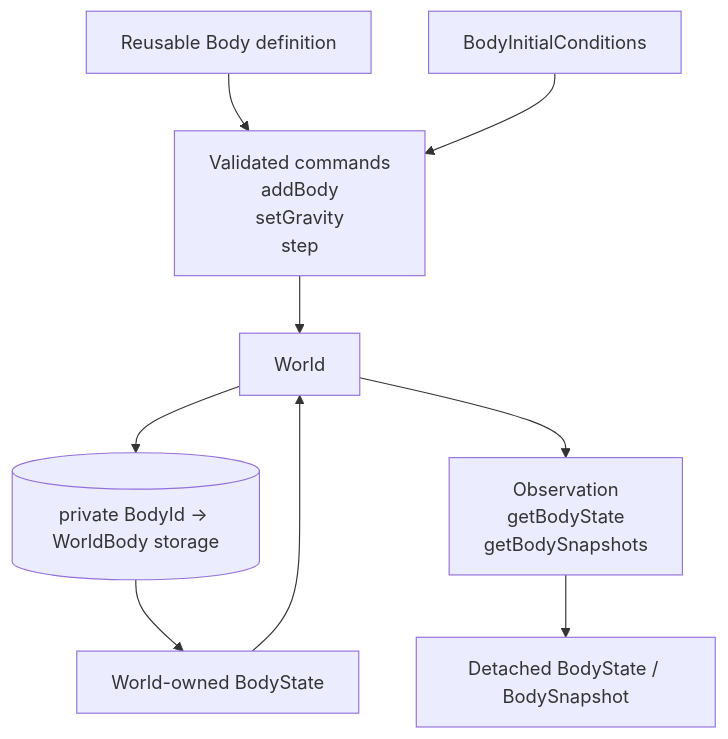
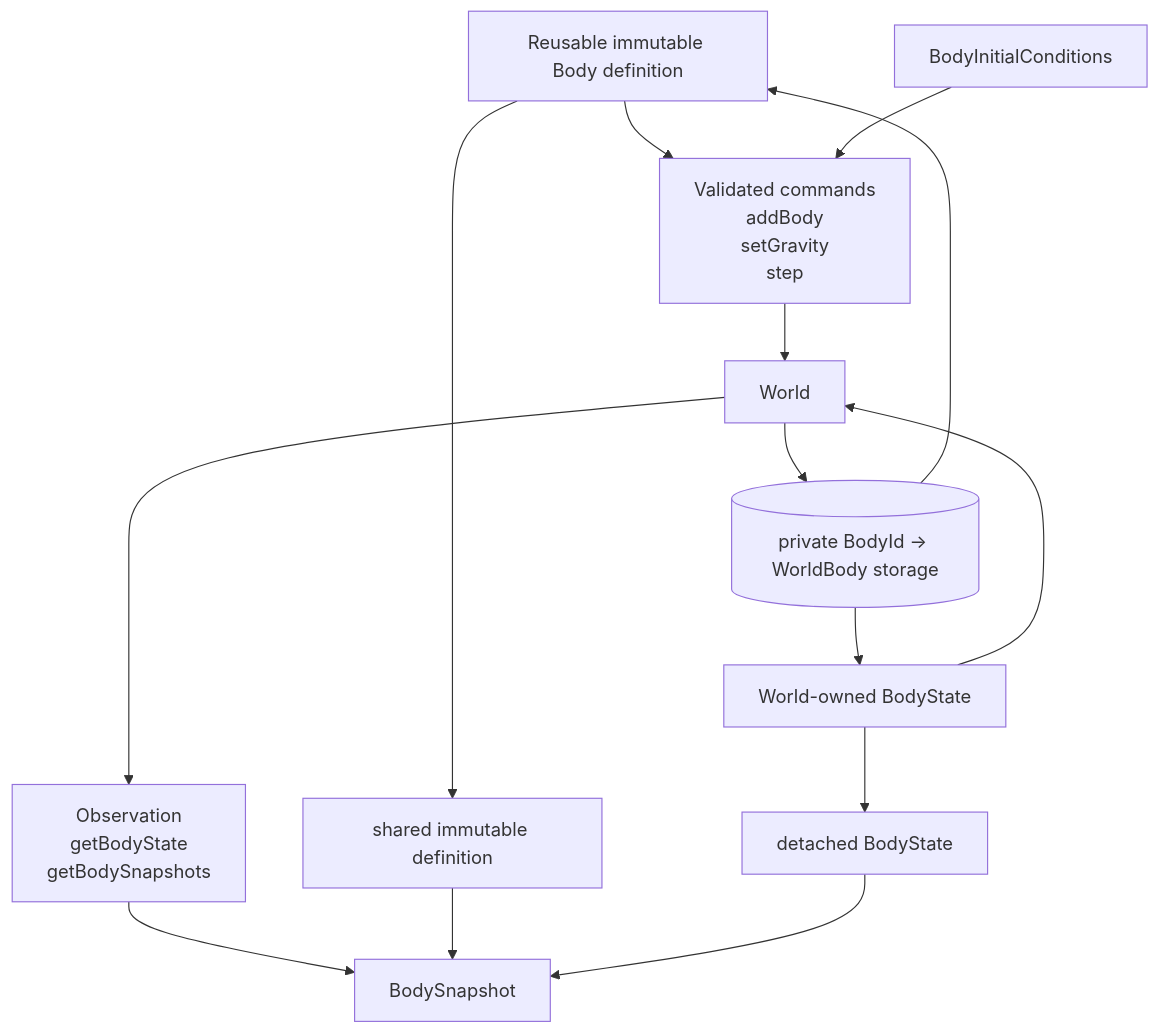
Before and after one commit to fa-ribeiro/vLab2D: the fifth of 22 diagrams in docs/architecture/README.md, drawn with Mermaid. The commit also changed other lines of this file and 7 other files, not shown here.

````diff
--- a/docs/architecture/README.md
+++ b/docs/architecture/README.md
@@ -222,22 +222,27 @@
 ```mermaid
 flowchart TD
-    BODY["Reusable Body definition"]
+    BODY["Reusable immutable Body definition"]
     INIT["BodyInitialConditions"]
     WORLD["World"]
     STORE[("private BodyId → WorldBody storage")]
     STATE["World-owned BodyState"]
 
     COMMANDS["Validated commands<br/>addBody<br/>setGravity<br/>step"]
     QUERIES["Observation<br/>getBodyState<br/>getBodySnapshots"]
-    SNAPSHOTS["Detached BodyState / BodySnapshot"]
+    SNAPSHOT["BodySnapshot"]
+    DEF["shared immutable definition"]
+    OBSSTATE["detached BodyState"]
 
     BODY --> COMMANDS
     INIT --> COMMANDS
     COMMANDS --> WORLD
     WORLD --> STORE
+    STORE --> BODY
     STORE --> STATE
 
     STATE --> WORLD
     WORLD --> QUERIES
-    QUERIES --> SNAPSHOTS
+    QUERIES --> SNAPSHOT
+    BODY --> DEF --> SNAPSHOT
+    STATE --> OBSSTATE --> SNAPSHOT
 ```
````
